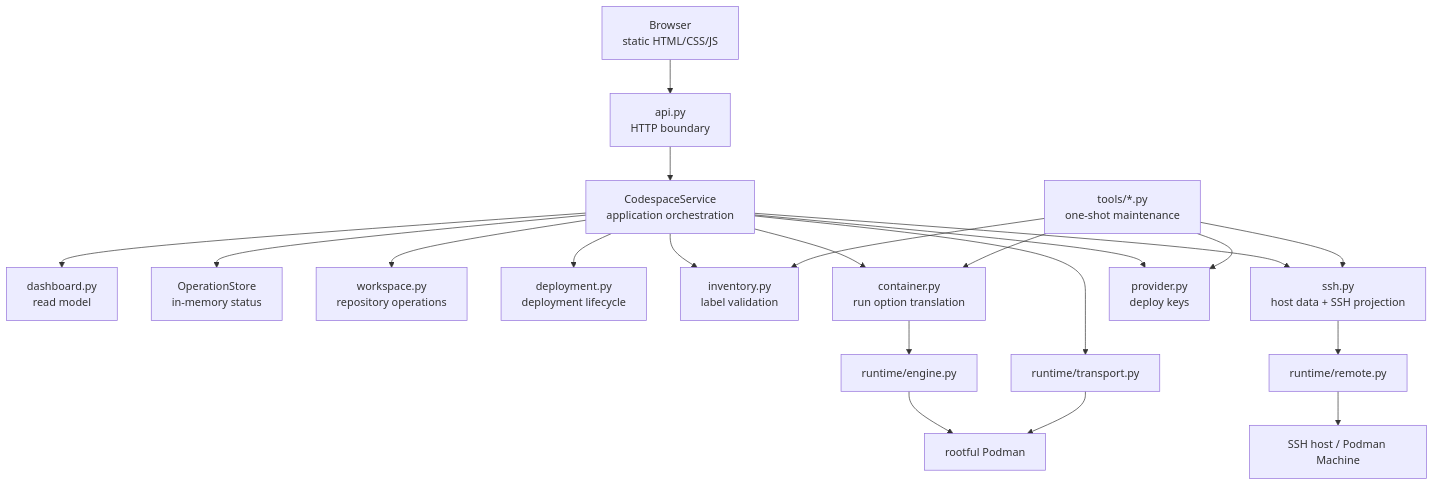
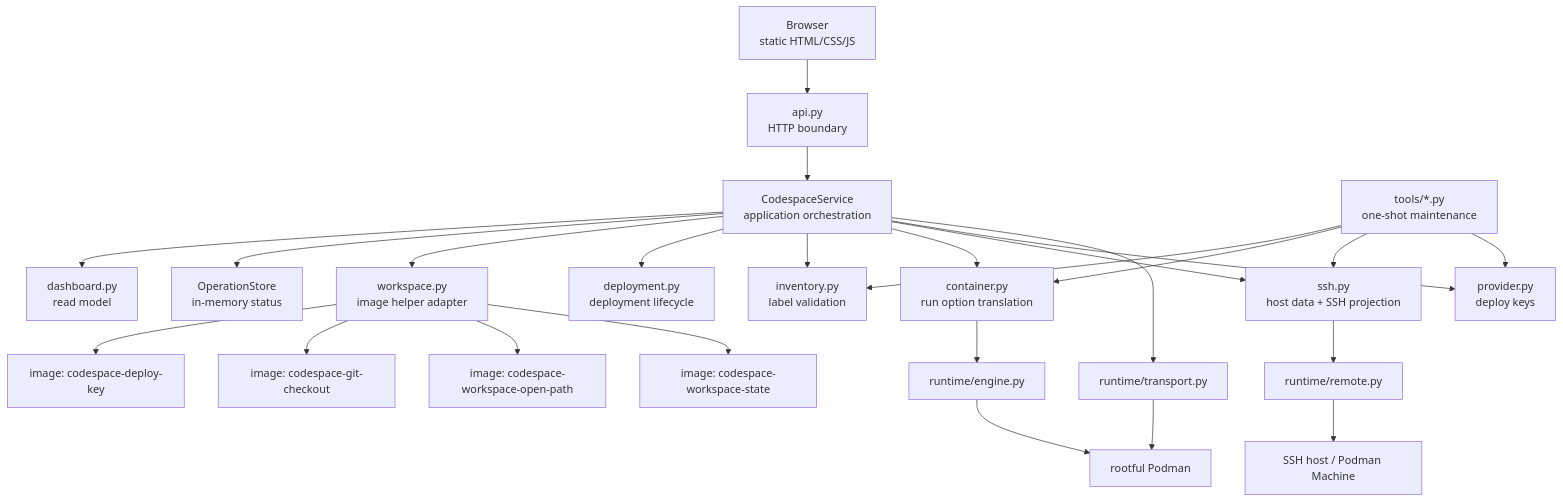
Before and after one commit to curoky/codespace: the second of 9 diagrams in controller/DESIGN.md, drawn with Mermaid. The commit also changed other lines of this file and 40 other files, not shown here.

````diff
--- a/controller/DESIGN.md
+++ b/controller/DESIGN.md
@@ -52,25 +52,29 @@
 ```mermaid
 flowchart TB
     Browser["Browser<br/>static HTML/CSS/JS"] --> API["api.py<br/>HTTP boundary"]
     API --> Service["CodespaceService<br/>application orchestration"]
     Service --> Dashboard["dashboard.py<br/>read model"]
     Service --> Operations["OperationStore<br/>in-memory status"]
-    Service --> Workspace["workspace.py<br/>repository operations"]
+    Service --> Workspace["workspace.py<br/>image helper adapter"]
     Service --> Deployment["deployment.py<br/>deployment lifecycle"]
     Service --> Inventory["inventory.py<br/>label validation"]
     Service --> Container["container.py<br/>run option translation"]
     Service --> SSH["ssh.py<br/>host data + SSH projection"]
     Service --> Provider["provider.py<br/>deploy keys"]
 
     CLI["tools/*.py<br/>one-shot maintenance"] --> Inventory
     CLI --> Container
     CLI --> SSH
     CLI --> Provider
 
     Container --> Engine["runtime/engine.py"]
+    Workspace --> DeployKeyHelper["image: codespace-deploy-key"]
+    Workspace --> CheckoutHelper["image: codespace-git-checkout"]
+    Workspace --> OpenPathHelper["image: codespace-workspace-open-path"]
+    Workspace --> StateHelper["image: codespace-workspace-state"]
     SSH --> Remote["runtime/remote.py"]
     Service --> Transport["runtime/transport.py"]
     Engine --> Podman["rootful Podman"]
     Transport --> Podman
     Remote --> Host["SSH host / Podman Machine"]
 ```
````
